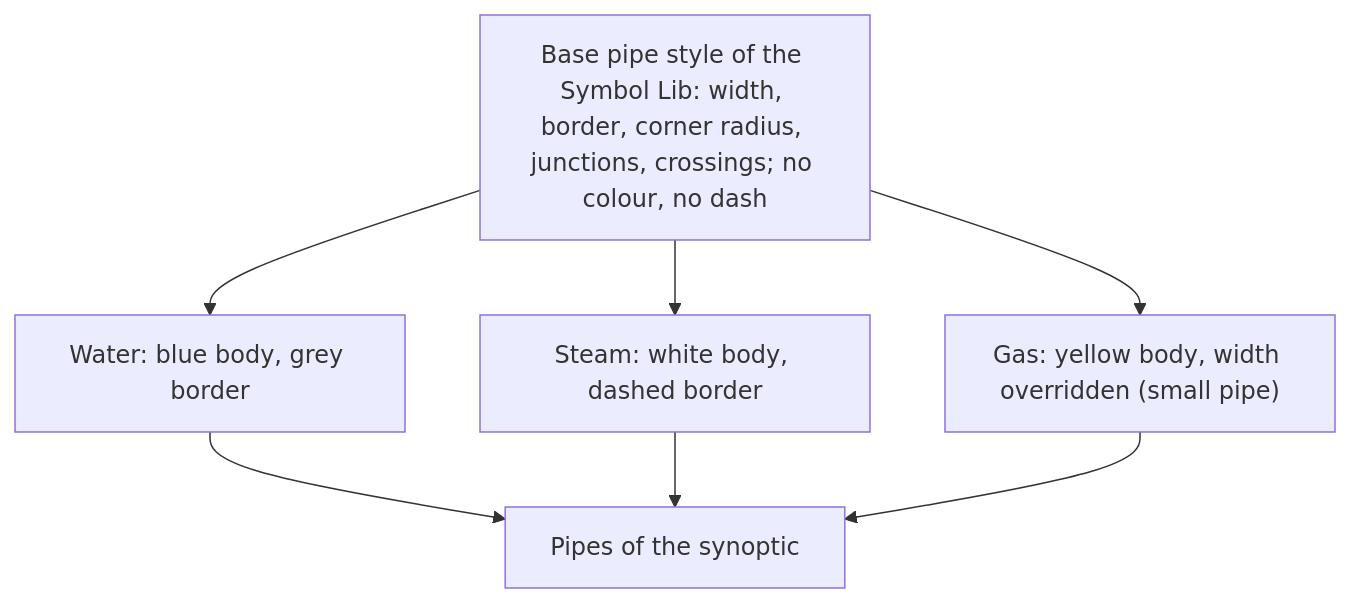
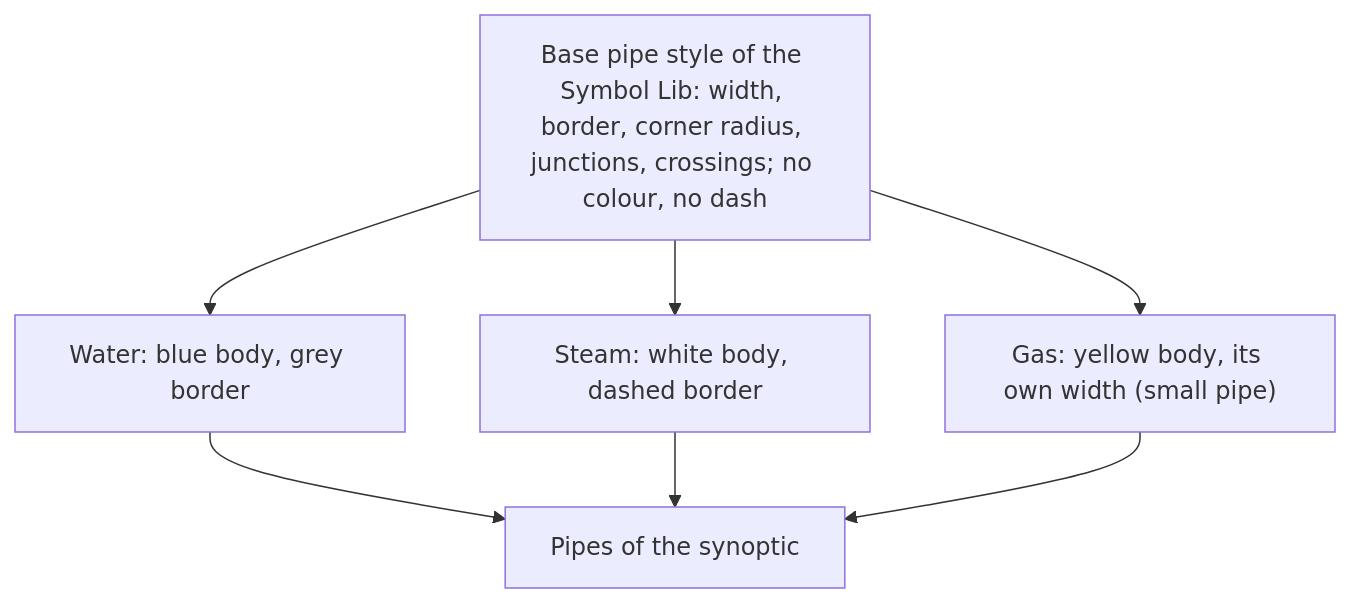
One commit to AlexandreGallais/synoptic-studio-spec changed the first of 4 diagrams in symbols/pipes/pipe-styles.md. Above: the diagram before and after it, drawn with Mermaid. The commit also changed other lines of this file and 9 other files, not shown here.

````diff
--- a/symbols/pipes/pipe-styles.md
+++ b/symbols/pipes/pipe-styles.md
@@ -48,10 +64,10 @@
 ```mermaid
 flowchart TD
     B["Base pipe style of the Symbol Lib: width, border, corner radius, junctions, crossings; no colour, no dash"]
     B --> W["Water: blue body, grey border"]
     B --> S["Steam: white body, dashed border"]
-    B --> G["Gas: yellow body, width overridden (small pipe)"]
+    B --> G["Gas: yellow body, its own width (small pipe)"]
     W --> P1["Pipes of the synoptic"]
     S --> P1
     G --> P1
 ```
````
